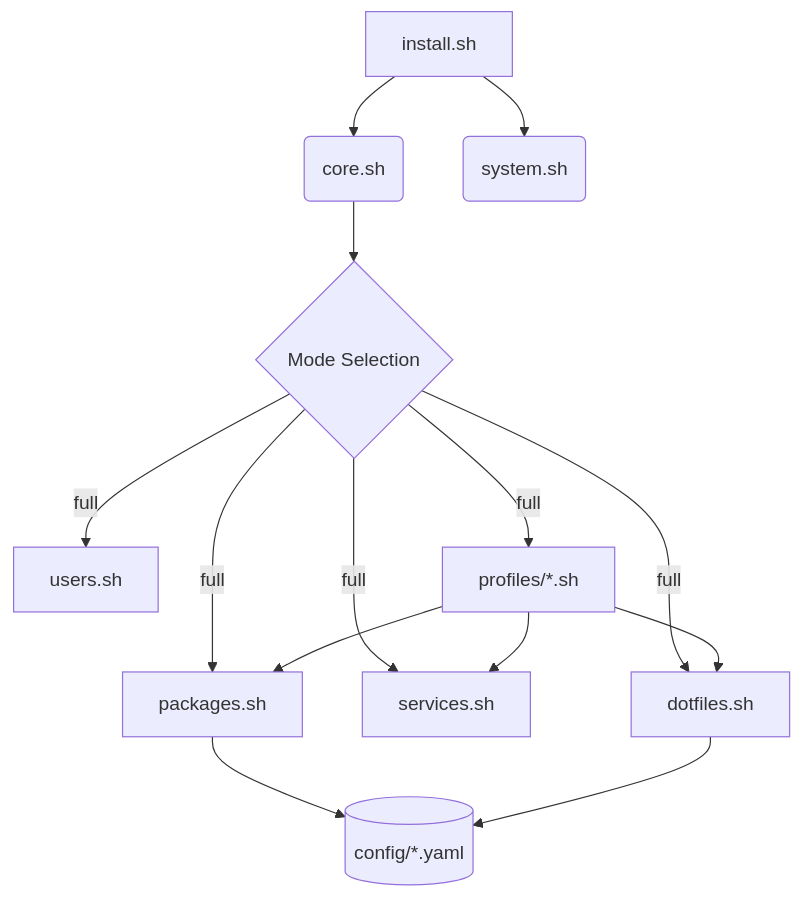
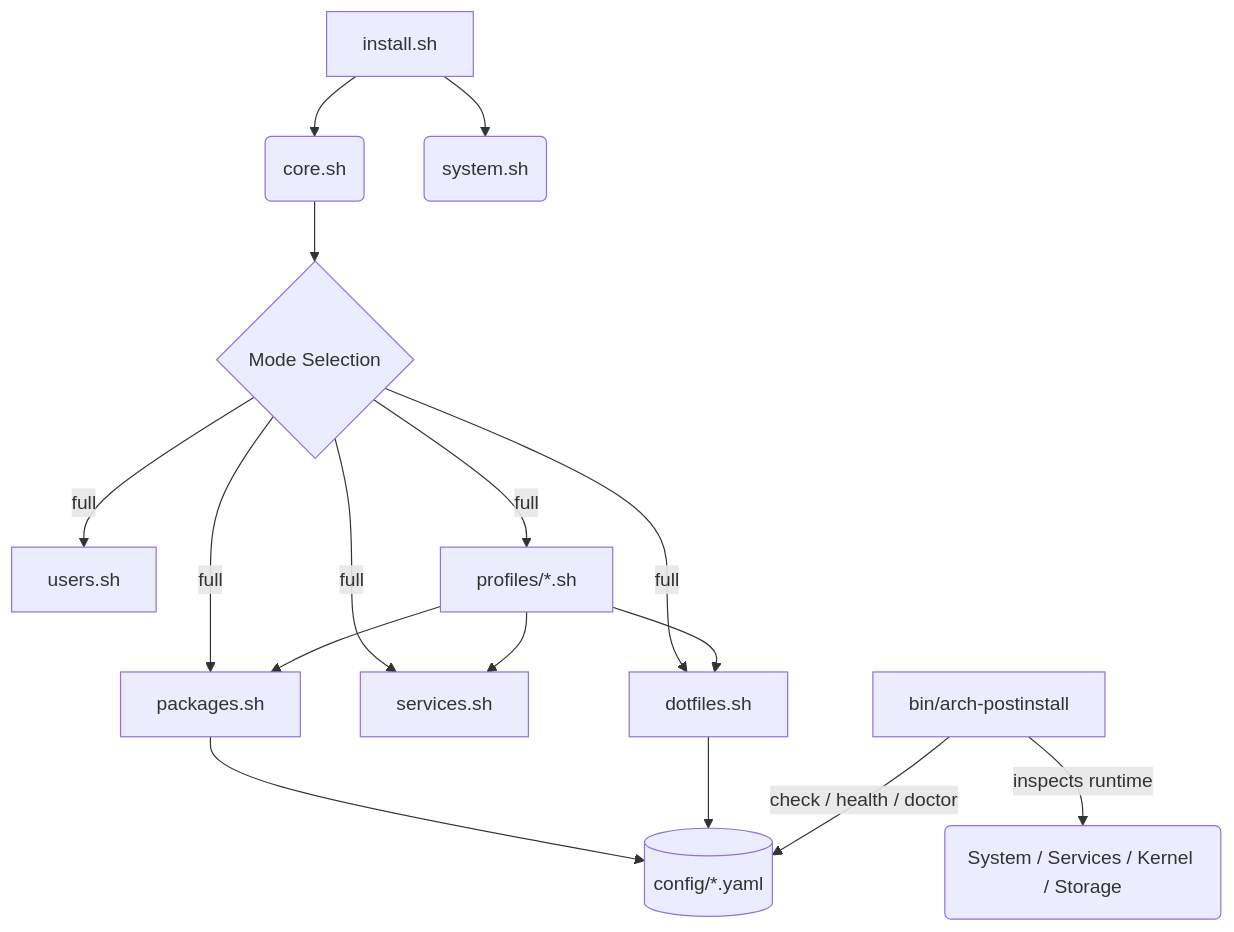
The diagram in README.md (CozyRunner/arch-post-install), drawn with Mermaid before and after one commit. The commit also changed other lines of this file and 30 other files, not shown here.

Commit message:
feat: implement modular system check framework with automated test suite and CLI runner

````diff
--- a/README.md
+++ b/README.md
@@ -59,18 +66,21 @@
 ```mermaid
 graph TD
     A[install.sh] --> B(core.sh)
     A --> S(system.sh)
     B --> C{Mode Selection}
     C -->|full| D[packages.sh]
     C -->|full| E[services.sh]
     C -->|full| F[users.sh]
     C -->|full| G[dotfiles.sh]
     C -->|full| P[profiles/*.sh]
     
     P --> D
     P --> E
     P --> G
     
     D --> I[(config/*.yaml)]
     G --> I
+
+    V[bin/arch-postinstall] -->|check / health / doctor| I
+    V -->|inspects runtime| RT(System / Services / Kernel / Storage)
 ```
````
